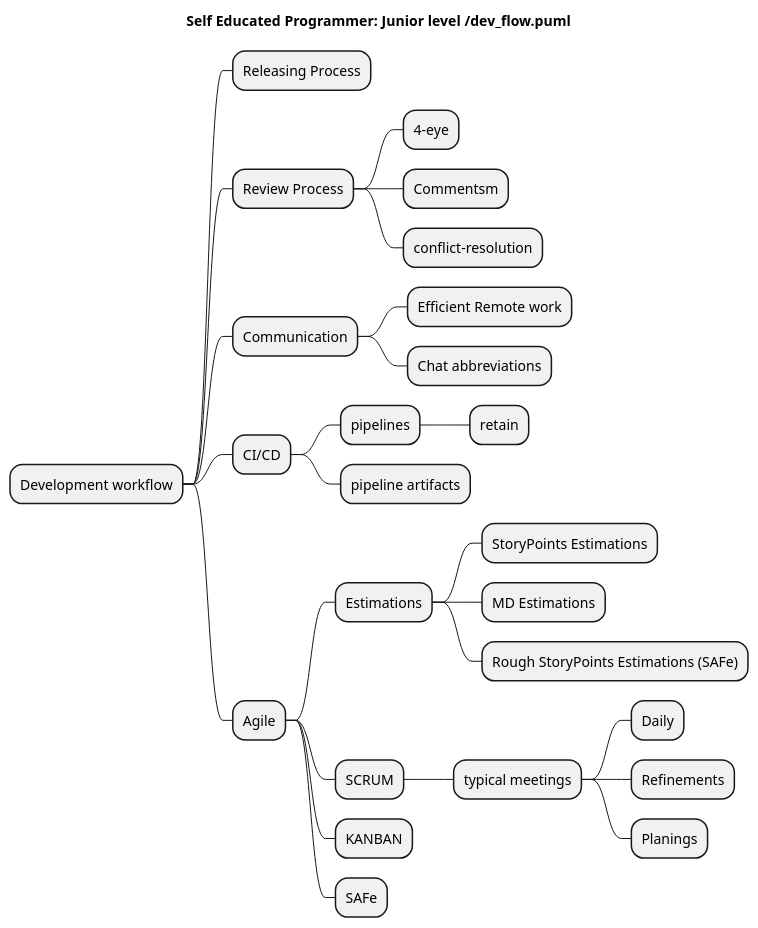
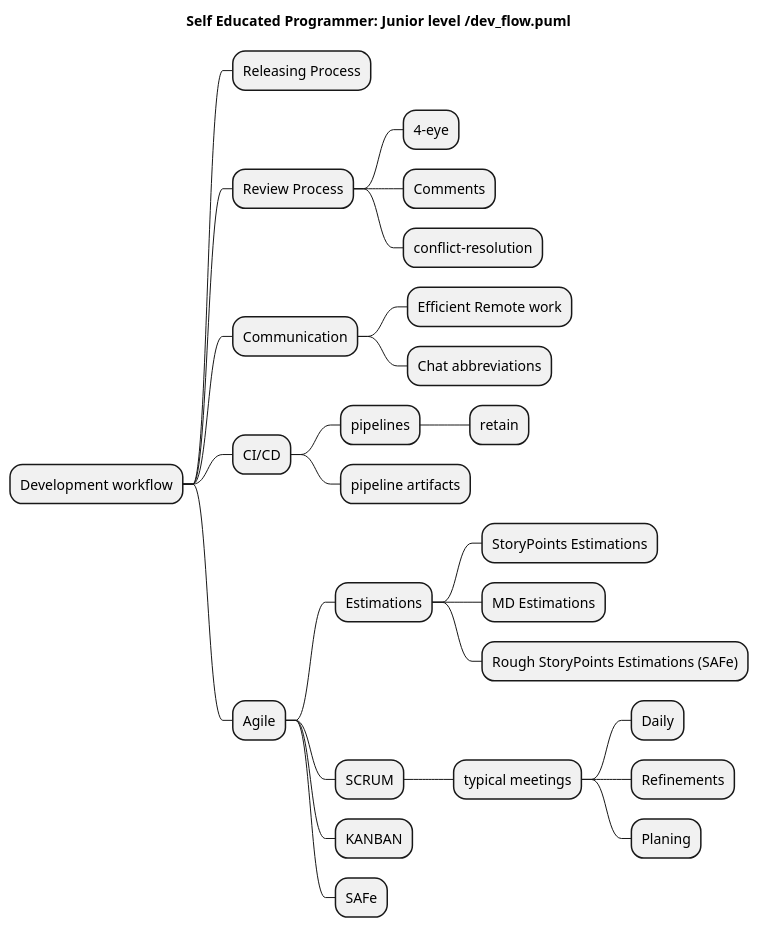
One commit to SmartSoftDev/self_educated_software_programmer_path changed the diagram in src/dev_flow.puml. Above: the diagram before and after it, drawn with PlantUML. The commit also changed 14 other files, not shown here.

```diff
--- a/src/dev_flow.puml
+++ b/src/dev_flow.puml
@@ -1,30 +1,30 @@
 @startmindmap
 title Self Educated Programmer: Junior level /dev_flow.puml
 
 
 * Development workflow
 ** Releasing Process
 ** Review Process
 *** 4-eye
-*** Commentsm
+*** Comments
 *** conflict-resolution
 ** Communication
 *** Efficient Remote work
 *** Chat abbreviations
 ** CI/CD
 *** pipelines
 **** retain
 *** pipeline artifacts
 ** Agile
 *** Estimations
 **** StoryPoints Estimations
 **** MD Estimations
 **** Rough StoryPoints Estimations (SAFe)
 *** SCRUM
 **** typical meetings
 ***** Daily
 ***** Refinements
-***** Planings
+***** Planing
 *** KANBAN
 *** SAFe
 @endmindmap
```
